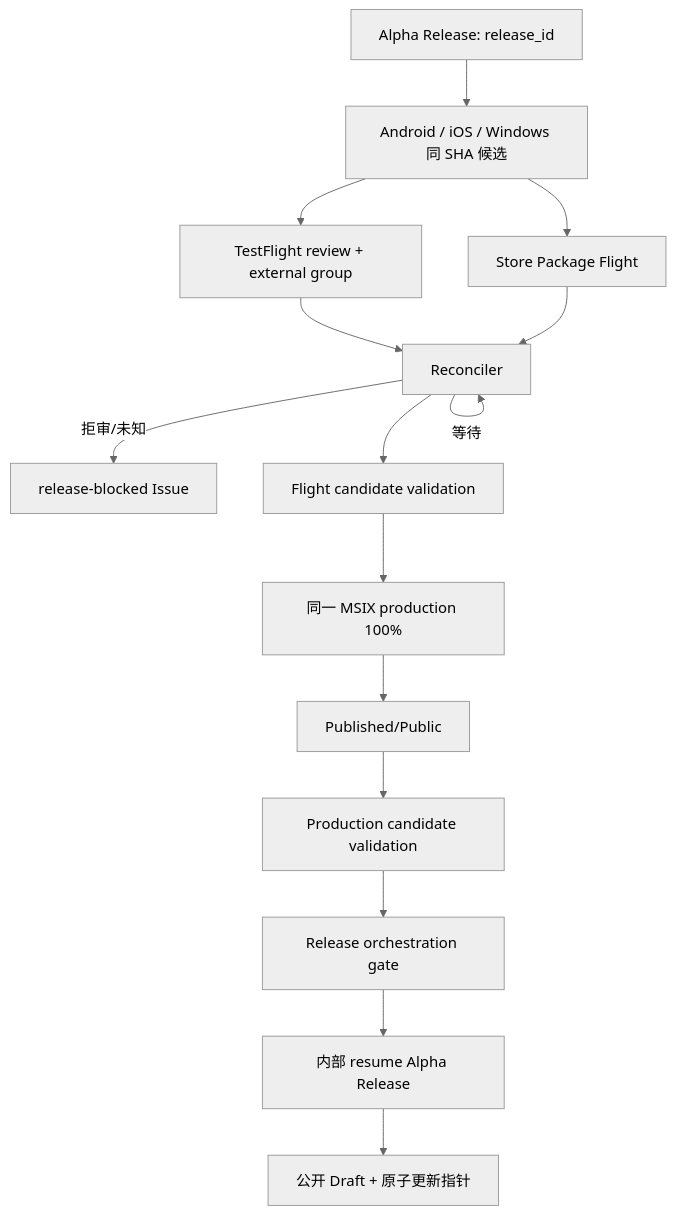
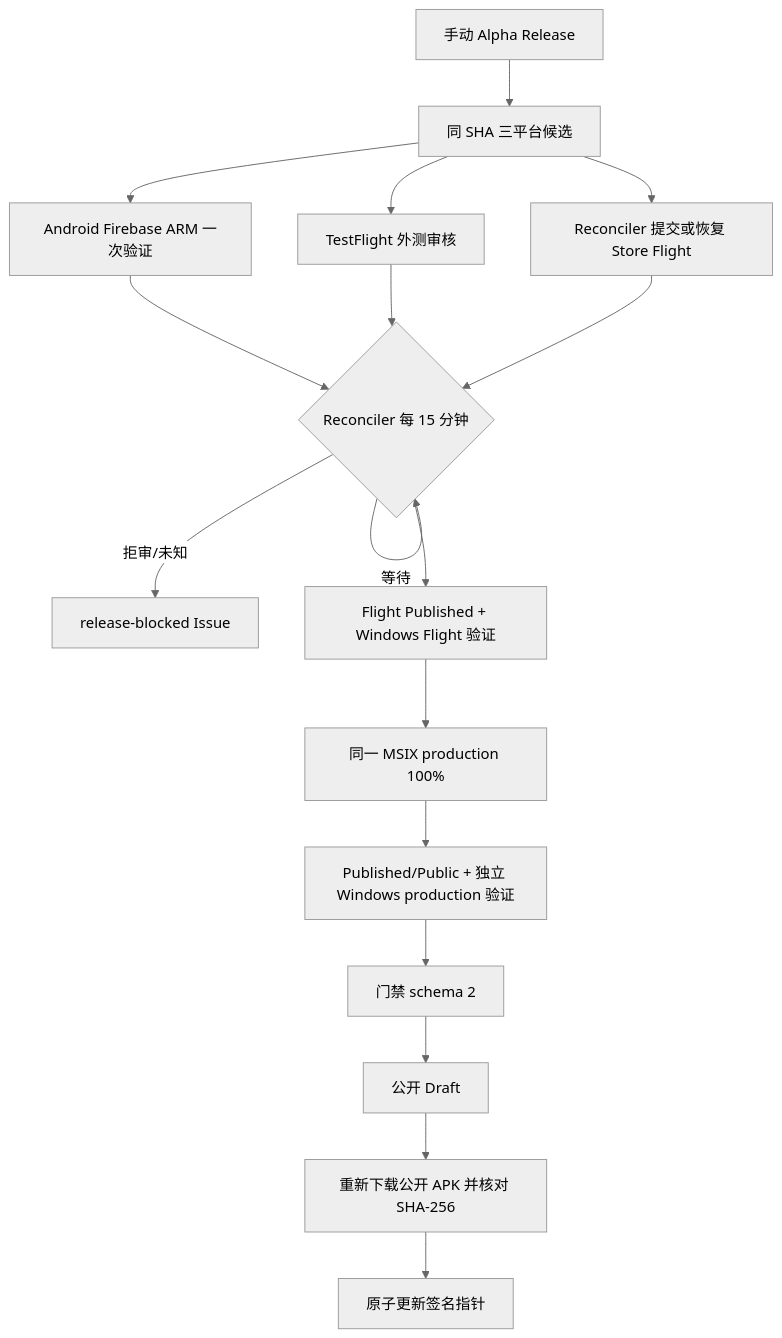
The diagram in spec/spec-process-cicd-alpha-release.md (zhangheng2022/meet_trace), drawn with Mermaid (neutral theme) before and after one commit. The commit also changed other lines of this file and 20 other files, not shown here.

````diff
--- a/spec/spec-process-cicd-alpha-release.md
+++ b/spec/spec-process-cicd-alpha-release.md
@@ -26,17 +28,19 @@
 ```mermaid
 flowchart TD
-  A[Alpha Release: release_id] --> B[Android / iOS / Windows 同 SHA 候选]
-  B --> C[TestFlight review + external group]
-  B --> D[Store Package Flight]
-  C --> E[Reconciler]
-  D --> E
-  E -->|等待| E
-  E -->|拒审/未知| X[release-blocked Issue]
-  E --> F[Flight candidate validation]
-  F --> G[同一 MSIX production 100%]
-  G --> H[Published/Public]
-  H --> I[Production candidate validation]
-  I --> J[Release orchestration gate]
-  J --> K[内部 resume Alpha Release]
-  K --> L[公开 Draft + 原子更新指针]
+  A[手动 Alpha Release] --> B[同 SHA 三平台候选]
+  B --> C[Android Firebase ARM 一次验证]
+  B --> D[TestFlight 外测审核]
+  B --> E[Reconciler 提交或恢复 Store Flight]
+  C --> F{Reconciler 每 15 分钟}
+  D --> F
+  E --> F
+  F -->|等待| F
+  F -->|拒审/未知| X[release-blocked Issue]
+  F --> G[Flight Published + Windows Flight 验证]
+  G --> H[同一 MSIX production 100%]
+  H --> I[Published/Public + 独立 Windows production 验证]
+  I --> J[门禁 schema 2]
+  J --> K[公开 Draft]
+  K --> L[重新下载公开 APK 并核对 SHA-256]
+  L --> M[原子更新签名指针]
 ```
````
